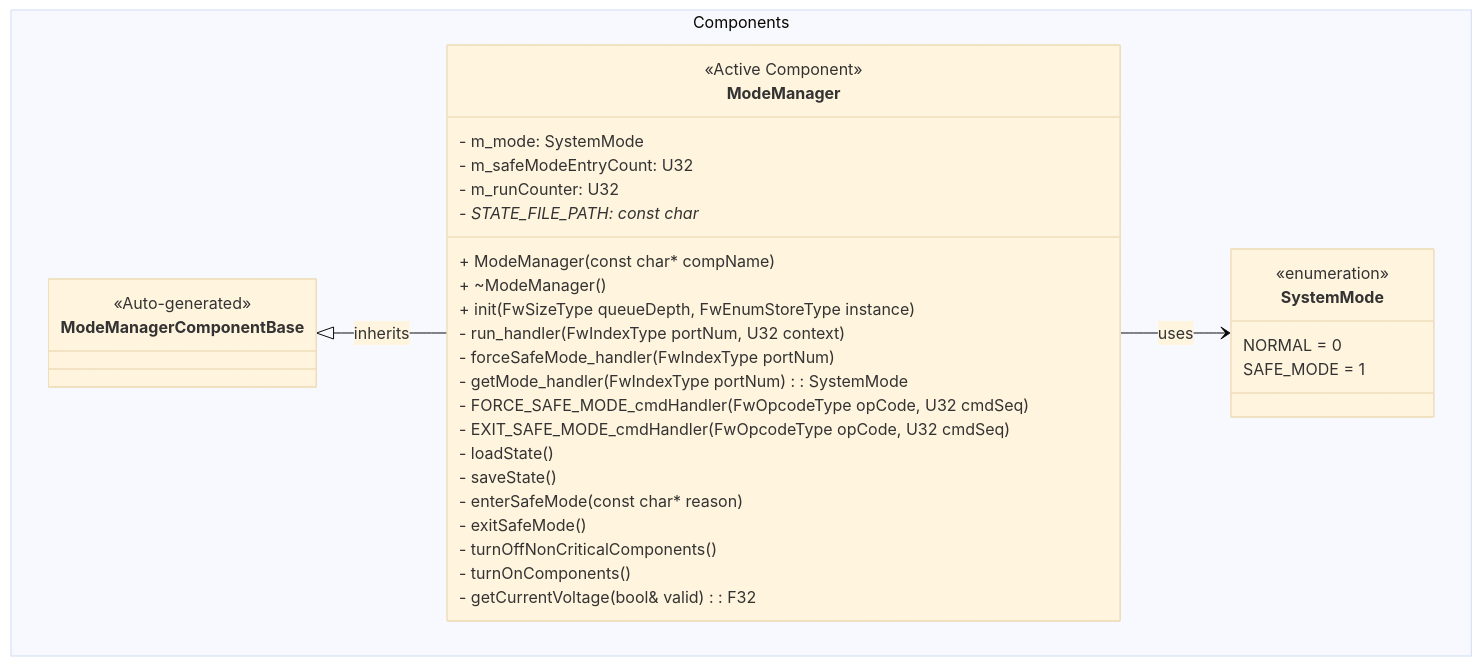
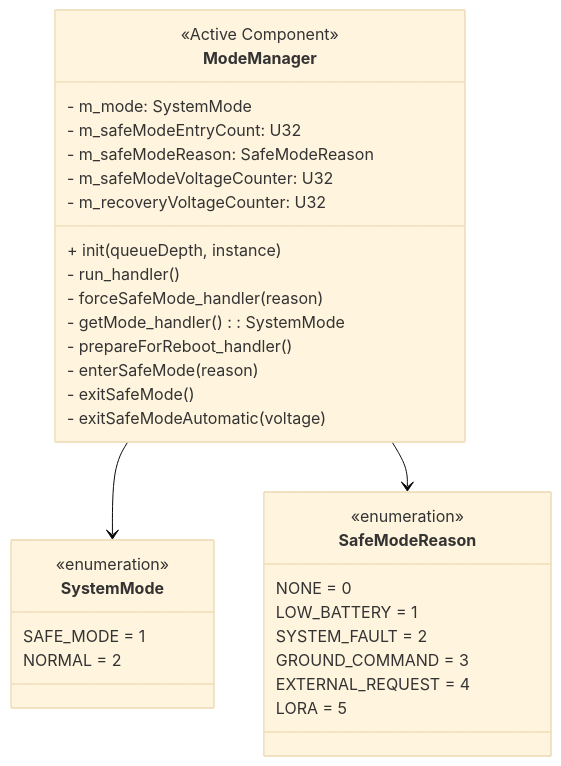
Before and after one commit to Open-Source-Space-Foundation/proves-core-reference: the first of 3 diagrams in FprimeZephyrReference/Components/ModeManager/docs/sdd.md, drawn with Mermaid (base theme). The commit also changed other lines of this file and 11 other files, not shown here.

First line of the commit message:
Safe <-> Normal Mode switch  (#168)

````diff
--- a/FprimeZephyrReference/Components/ModeManager/docs/sdd.md
+++ b/FprimeZephyrReference/Components/ModeManager/docs/sdd.md
@@ -73,37 +21,35 @@
 ```mermaid
 classDiagram
-    namespace Components {
-        class ModeManagerComponentBase {
-            <<Auto-generated>>
-        }
-        class ModeManager {
-            <<Active Component>>
-            - m_mode: SystemMode
-            - m_safeModeEntryCount: U32
-            - m_runCounter: U32
-            - STATE_FILE_PATH: const char*
-            + ModeManager(const char* compName)
-            + ~ModeManager()
-            + init(FwSizeType queueDepth, FwEnumStoreType instance)
-            - run_handler(FwIndexType portNum, U32 context)
-            - forceSafeMode_handler(FwIndexType portNum)
-            - getMode_handler(FwIndexType portNum): SystemMode
-            - FORCE_SAFE_MODE_cmdHandler(FwOpcodeType opCode, U32 cmdSeq)
-            - EXIT_SAFE_MODE_cmdHandler(FwOpcodeType opCode, U32 cmdSeq)
-            - loadState()
-            - saveState()
-            - enterSafeMode(const char* reason)
-            - exitSafeMode()
-            - turnOffNonCriticalComponents()
-            - turnOnComponents()
-            - getCurrentVoltage(bool& valid): F32
-        }
-        class SystemMode {
-            <<enumeration>>
-            NORMAL = 0
-            SAFE_MODE = 1
-        }
+    class ModeManager {
+        <<Active Component>>
+        - m_mode: SystemMode
+        - m_safeModeEntryCount: U32
+        - m_safeModeReason: SafeModeReason
+        - m_safeModeVoltageCounter: U32
+        - m_recoveryVoltageCounter: U32
+        + init(queueDepth, instance)
+        - run_handler()
+        - forceSafeMode_handler(reason)
+        - getMode_handler(): SystemMode
+        - prepareForReboot_handler()
+        - enterSafeMode(reason)
+        - exitSafeMode()
+        - exitSafeModeAutomatic(voltage)
     }
-    ModeManagerComponentBase <|-- ModeManager : inherits
-    ModeManager --> SystemMode : uses
+    class SystemMode {
+        <<enumeration>>
+        SAFE_MODE = 1
+        NORMAL = 2
+    }
+    class SafeModeReason {
+        <<enumeration>>
+        NONE = 0
+        LOW_BATTERY = 1
+        SYSTEM_FAULT = 2
+        GROUND_COMMAND = 3
+        EXTERNAL_REQUEST = 4
+        LORA = 5
+    }
+    ModeManager --> SystemMode
+    ModeManager --> SafeModeReason
 ```
````
